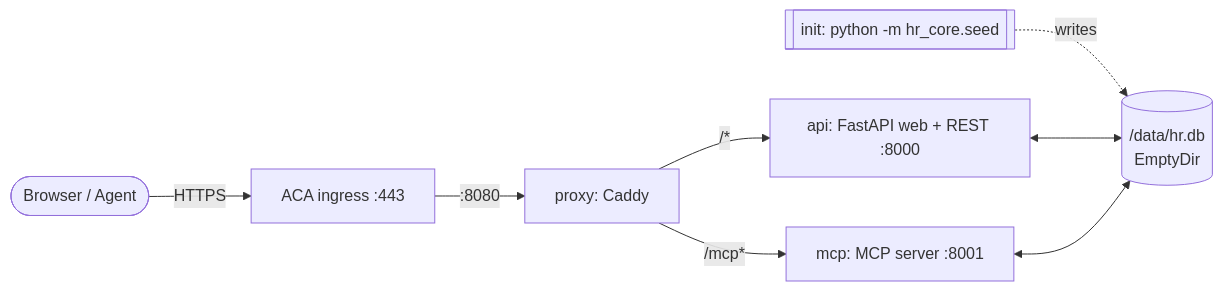
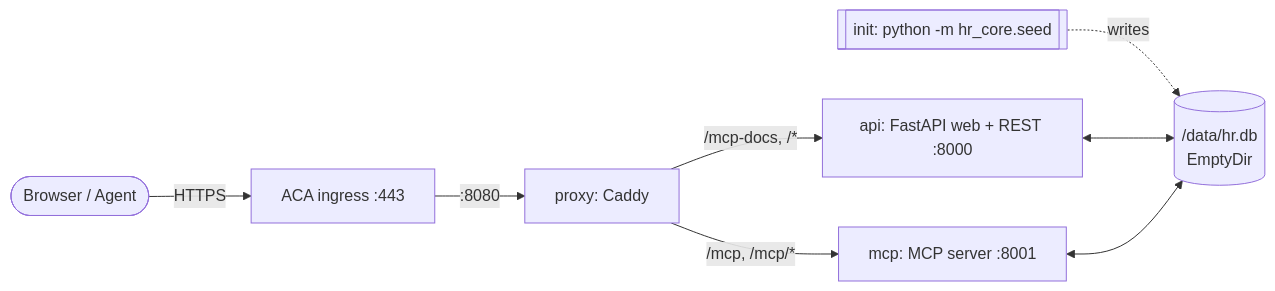
Before and after one commit to ChangJu-Ahn/mock-hr-kr: the first of 3 diagrams in README.md, drawn with Mermaid. The commit also changed other lines of this file and 9 other files, not shown here.

````diff
--- a/README.md
+++ b/README.md
@@ -28,10 +33,10 @@
 ```mermaid
 flowchart LR
     client([Browser / Agent]) -->|HTTPS| ingress[ACA ingress :443]
     ingress -->|:8080| proxy[proxy: Caddy]
-    proxy -->|/mcp*| mcp[mcp: MCP server :8001]
-    proxy -->|/* | api[api: FastAPI web + REST :8000]
+    proxy -->|/mcp, /mcp/*| mcp[mcp: MCP server :8001]
+    proxy -->|/mcp-docs, /* | api[api: FastAPI web + REST :8000]
     seed[[init: python -m hr_core.seed]] -. writes .-> db[( /data/hr.db\nEmptyDir )]
     api <--> db
     mcp <--> db
 ```
````
